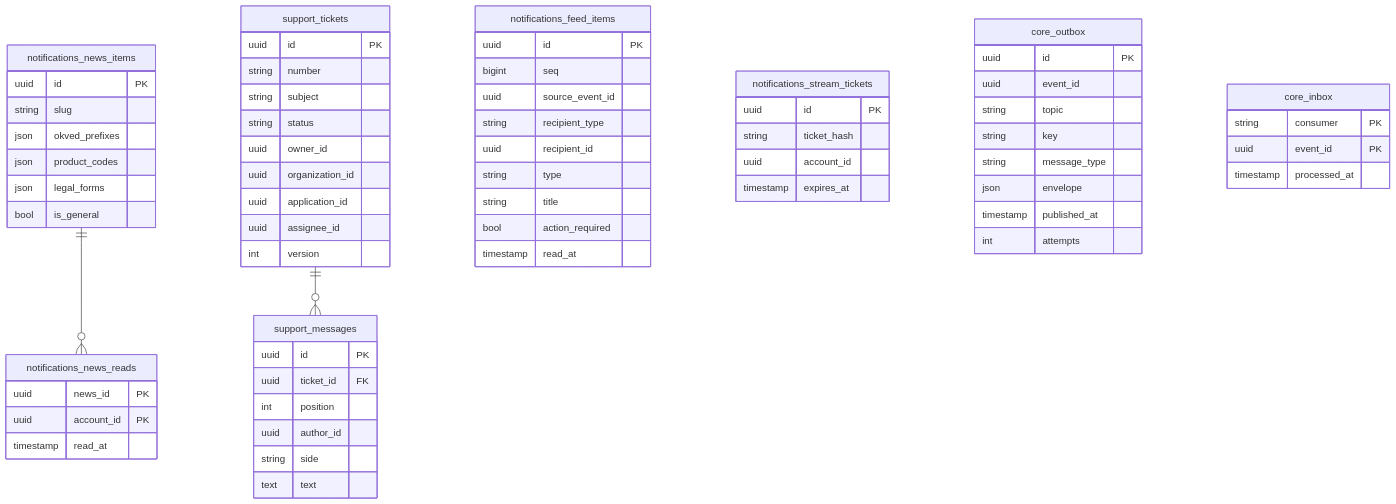
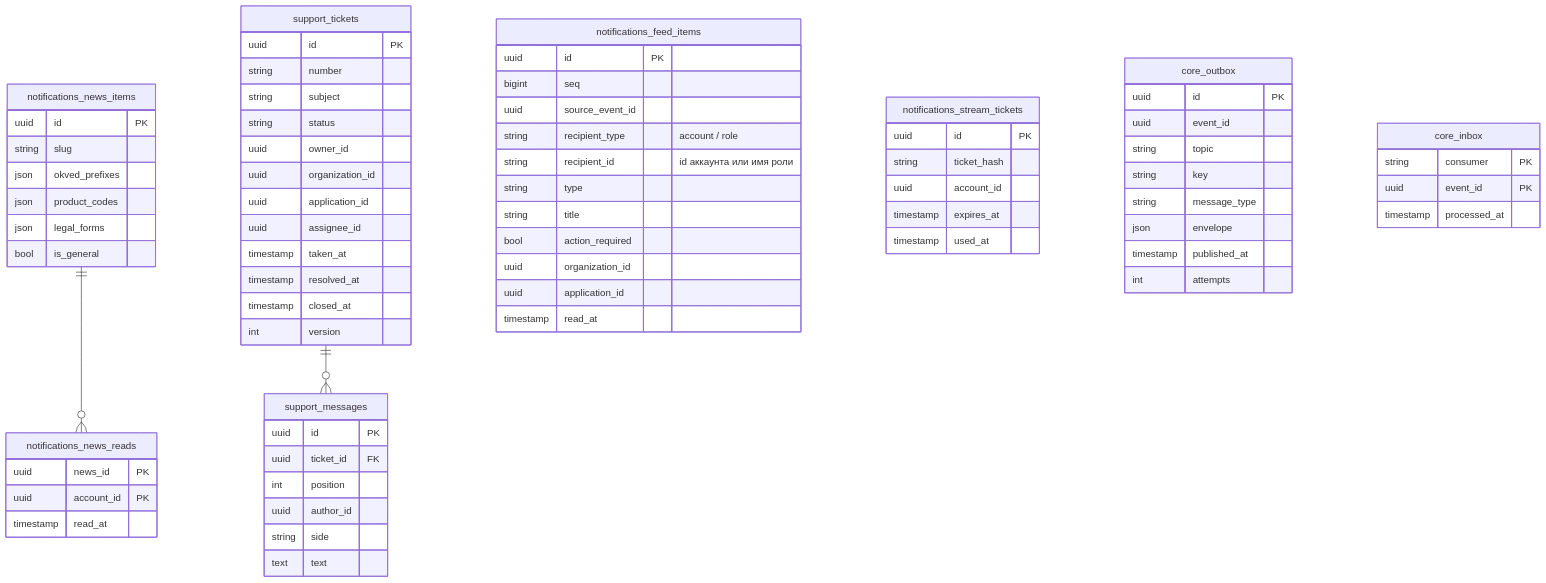
Before and after one commit to 1nsanexeEZ/hackaton_alfabank_2026: the fifth of 9 diagrams in docs/data-model.md, drawn with Mermaid. The commit also changed other lines of this file and 41 other files, not shown here.

First line of the commit message:
docs: документация сверена с кодом — сквозная архитектура скоринга и решения, карта документов, путеводитель по API, схема draw.io со страницей скоринга; legacy-документы удалены (#28)

````diff
--- a/docs/data-model.md
+++ b/docs/data-model.md
@@ -351,70 +381,76 @@
 ```mermaid
 erDiagram
     notifications_news_items ||--o{ notifications_news_reads : ""
     support_tickets ||--o{ support_messages : ""
 
     notifications_feed_items {
         uuid id PK
         bigint seq
         uuid source_event_id
-        string recipient_type
-        uuid recipient_id
+        string recipient_type "account / role"
+        string recipient_id "id аккаунта или имя роли"
         string type
         string title
         bool action_required
+        uuid organization_id
+        uuid application_id
         timestamp read_at
     }
     notifications_news_items {
         uuid id PK
         string slug
         json okved_prefixes
         json product_codes
         json legal_forms
         bool is_general
     }
     notifications_news_reads {
         uuid news_id PK
         uuid account_id PK
         timestamp read_at
     }
     notifications_stream_tickets {
         uuid id PK
         string ticket_hash
         uuid account_id
         timestamp expires_at
+        timestamp used_at
     }
     support_tickets {
         uuid id PK
         string number
         string subject
         string status
         uuid owner_id
         uuid organization_id
         uuid application_id
         uuid assignee_id
+        timestamp taken_at
+        timestamp resolved_at
+        timestamp closed_at
         int version
     }
     support_messages {
         uuid id PK
         uuid ticket_id FK
         int position
         uuid author_id
         string side
         text text
     }
     core_outbox {
         uuid id PK
         uuid event_id
         string topic
         string key
         string message_type
         json envelope
         timestamp published_at
         int attempts
     }
     core_inbox {
         string consumer PK
         uuid event_id PK
         timestamp processed_at
     }
 ```
````
